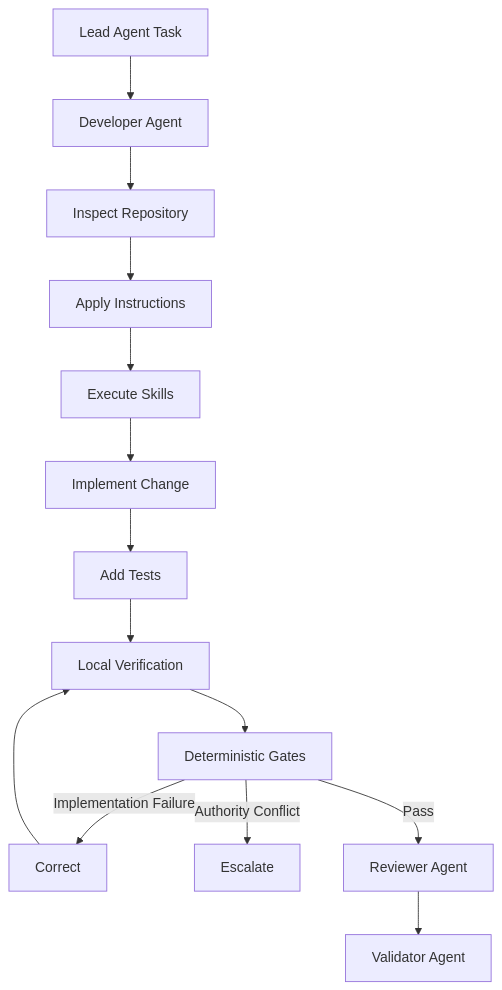
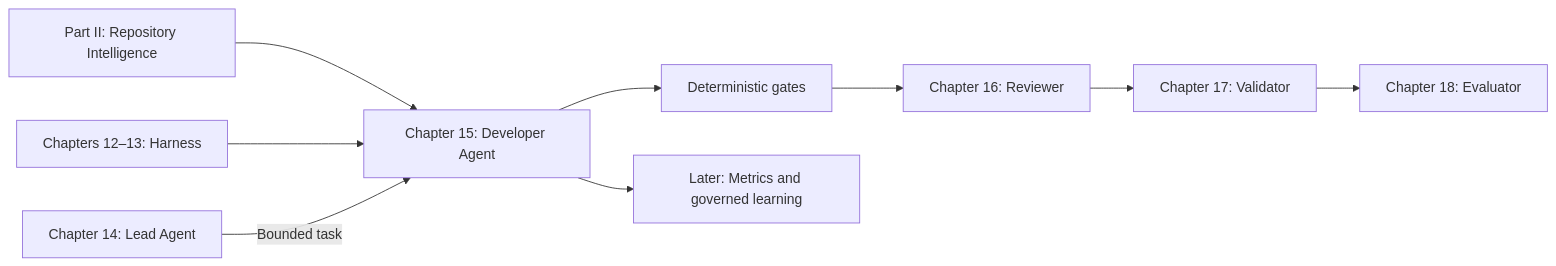
One commit to sheikh-zeeshan/Enterprise-AI-Engineering-Handbook changed the fourth of 4 diagrams in book/15-developer-agent.md. Above: the diagram before and after it, drawn with Mermaid. The commit also changed other lines of this file and 49 other files, not shown here.

````diff
--- a/book/15-developer-agent.md
+++ b/book/15-developer-agent.md
@@ -943,20 +1284,11 @@
 ```mermaid
-flowchart TD
-    L[Lead Agent Task]
-      --> D[Developer Agent]
-    D --> RI[Inspect Repository]
-    RI --> I[Apply Instructions]
-    I --> S[Execute Skills]
-    S --> C[Implement Change]
-    C --> T[Add Tests]
-    T --> LC[Local Verification]
-    LC --> G[Deterministic Gates]
-
-    G -->|Implementation Failure| F[Correct]
-    F --> LC
-
-    G -->|Authority Conflict| E[Escalate]
-
-    G -->|Pass| R[Reviewer Agent]
-    R --> V[Validator Agent]
+flowchart LR
+    RI[Part II: Repository Intelligence] --> D[Chapter 15: Developer Agent]
+    H[Chapters 12–13: Harness] --> D
+    L[Chapter 14: Lead Agent] -->|Bounded task| D
+    D --> G[Deterministic gates]
+    G --> R[Chapter 16: Reviewer]
+    R --> V[Chapter 17: Validator]
+    V --> E[Chapter 18: Evaluator]
+    D --> M[Later: Metrics and governed learning]
 ```
````
